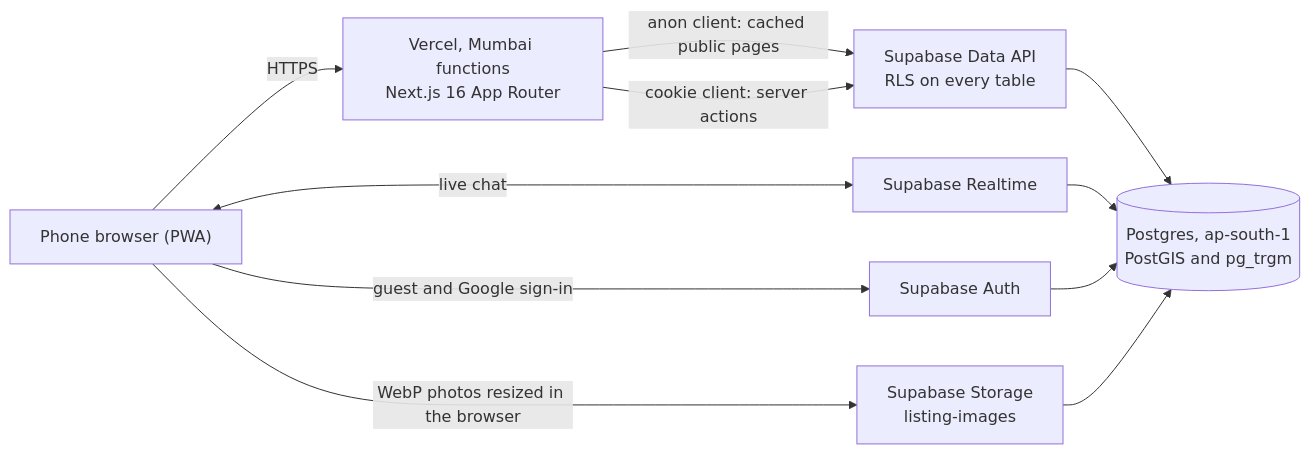
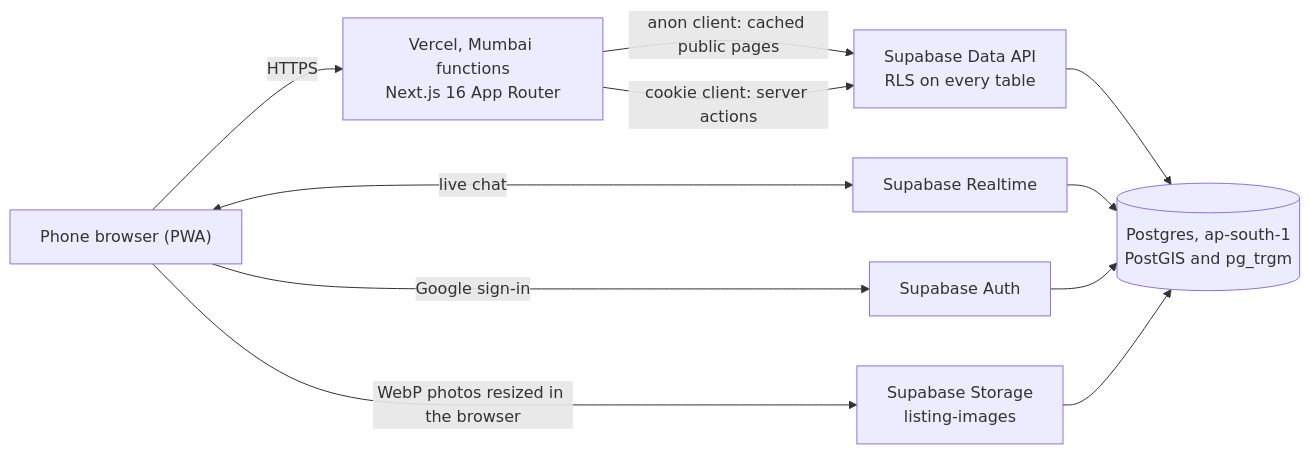
Before and after one commit to kandulanikhilvarma/chowk: the first of 6 diagrams in README.md, drawn with Mermaid. The commit also changed other lines of this file and 20 other files, not shown here.

````diff
--- a/README.md
+++ b/README.md
@@ -84,13 +84,13 @@
 ```mermaid
 flowchart LR
   U["Phone browser (PWA)"] -->|HTTPS| V["Vercel, Mumbai functions<br/>Next.js 16 App Router"]
   V -->|"anon client: cached public pages"| API["Supabase Data API<br/>RLS on every table"]
   V -->|"cookie client: server actions"| API
-  U -->|"guest and Google sign-in"| AUTH["Supabase Auth"]
+  U -->|"Google sign-in"| AUTH["Supabase Auth"]
   U -->|"WebP photos resized in the browser"| ST["Supabase Storage<br/>listing-images"]
   U <-->|"live chat"| RT["Supabase Realtime"]
   API --> DB[("Postgres, ap-south-1<br/>PostGIS and pg_trgm")]
   RT --> DB
   AUTH --> DB
   ST --> DB
 ```
````
